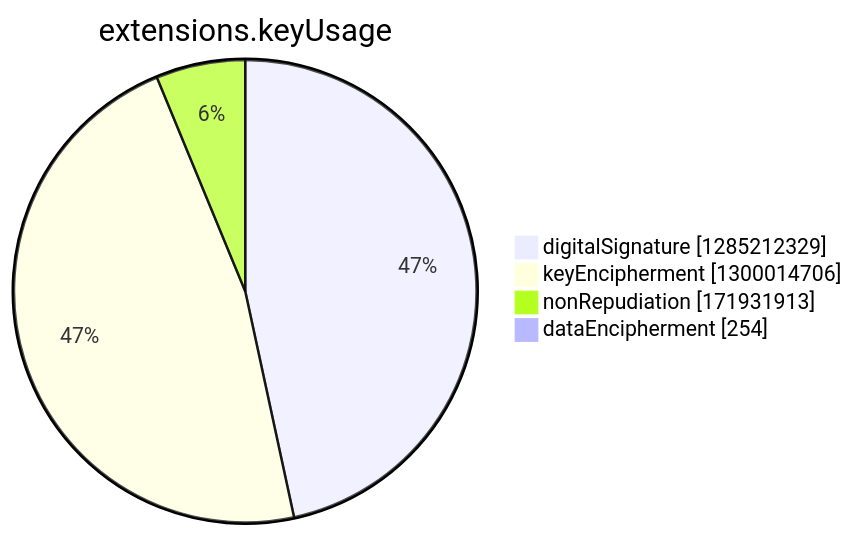
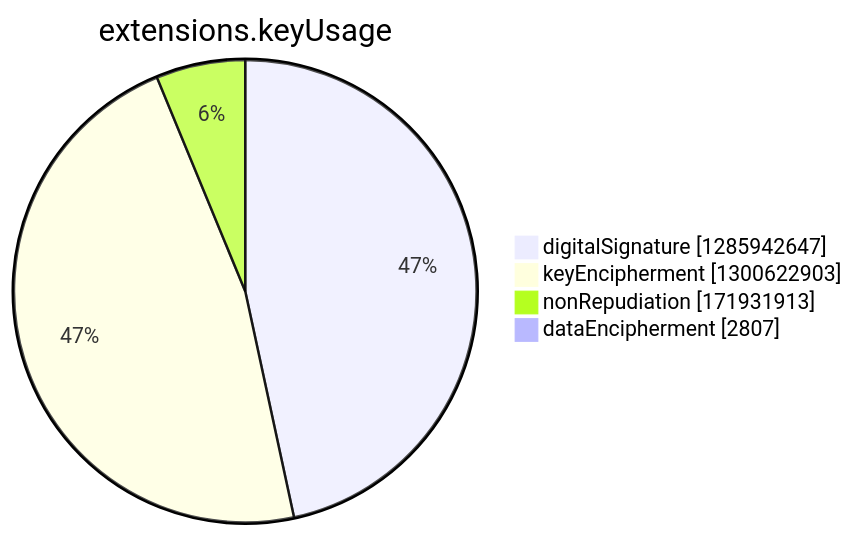
Before and after one commit to christiankrug/ctmonitor_visualization: the seventh of 15 diagrams in argon2022/README.md, drawn with Mermaid. The commit also changed other lines of this file, not shown here.

````diff
--- a/argon2022/README.md
+++ b/argon2022/README.md
@@ -2748,8 +2748,8 @@
 ```mermaid
 pie showData
 title extensions.keyUsage
-"digitalSignature" :1285212329
-"keyEncipherment" :1300014706
+"digitalSignature" :1285942647
+"keyEncipherment" :1300622903
 "nonRepudiation" :171931913
-"dataEncipherment" :254
+"dataEncipherment" :2807
 ```
````
